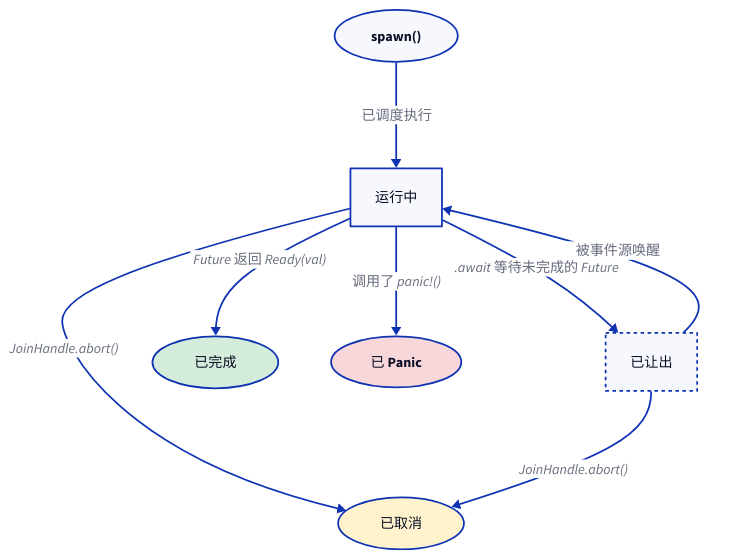
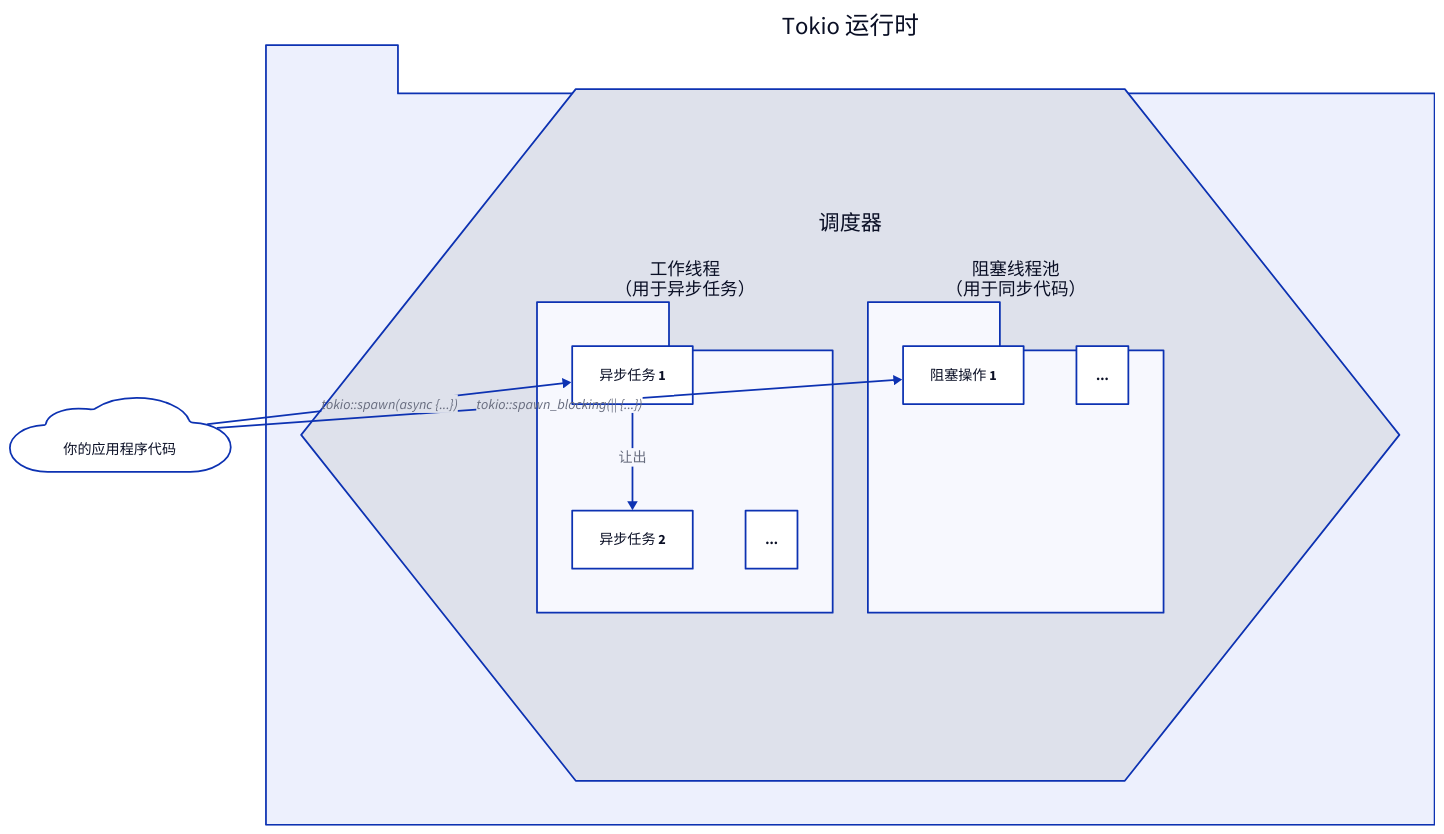
One commit to lban2049/tokio changed the diagram in .aigne/doc-smith/docs/api-task.zh.md. Above: the diagram before and after it, drawn with D2. The commit also changed other lines of this file and 40 other files, not shown here.

````diff
--- a/.aigne/doc-smith/docs/api-task.zh.md
+++ b/.aigne/doc-smith/docs/api-task.zh.md
@@ -19,20 +15,53 @@
 ```d2
 direction: down
 
-"spawn()": { shape: oval }
-"运行中": { shape: rectangle }
-"已让出": { shape: rectangle; style.stroke-dash: 2 }
-"已完成": { shape: oval; style.fill: "#d4edda" }
-"已 Panic": { shape: oval; style.fill: "#f8d7da" }
-"已取消": { shape: oval; style.fill: "#fff3cd" }
+"你的应用程序代码" {
+  shape: cloud
+}
 
-"spawn()" -> "运行中": "已调度执行"
-"运行中" -> "已让出": ".await 等待未完成的 Future"
-"已让出" -> "运行中": "被事件源唤醒"
-"运行中" -> "已完成": "Future 返回 Ready(val)"
-"运行中" -> "已 Panic": "调用了 panic!()"
+"Tokio 运行时" {
+  shape: package
 
-"运行中" -> "已取消": "JoinHandle.abort()"
-"已让出" -> "已取消": "JoinHandle.abort()"
+  调度器 {
+    shape: hexagon
+    grid-columns: 2
 
+    "工作线程" {
+      label: "工作线程\n（用于异步任务）"
+      shape: package
+      
+      Task-1 {
+        label: "异步任务 1"
+        shape: rectangle
+      }
+      Task-2 {
+        label: "异步任务 2"
+        shape: rectangle
+      }
+      Task-N {
+        label: "..."
+        shape: rectangle
+      }
+    }
+    
+    "阻塞线程池" {
+      label: "阻塞线程池\n（用于同步代码）"
+      shape: package
+      
+      Blocking-Task-1 {
+        label: "阻塞操作 1"
+        shape: rectangle
+      }
+      Blocking-Task-M {
+        label: "..."
+        shape: rectangle
+      }
+    }
+  }
+}
+
+"你的应用程序代码" -> "Tokio 运行时".调度器."工作线程".Task-1: "tokio::spawn(async {...})"
+"你的应用程序代码" -> "Tokio 运行时".调度器."阻塞线程池".Blocking-Task-1: "tokio::spawn_blocking(|| {...})"
+
+"Tokio 运行时".调度器."工作线程".Task-1 -> "Tokio 运行时".调度器."工作线程".Task-2: "让出"
 ```
````
